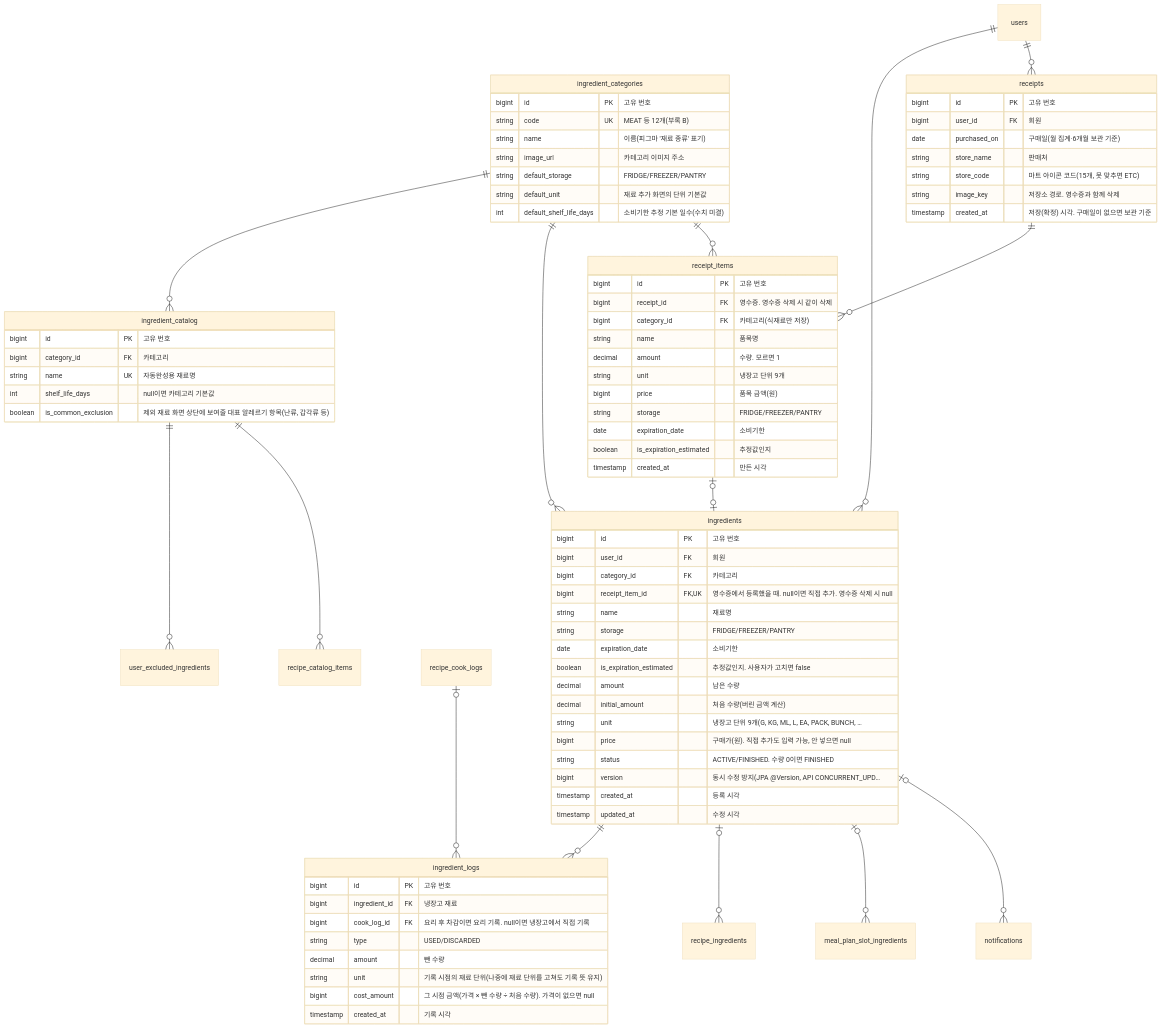
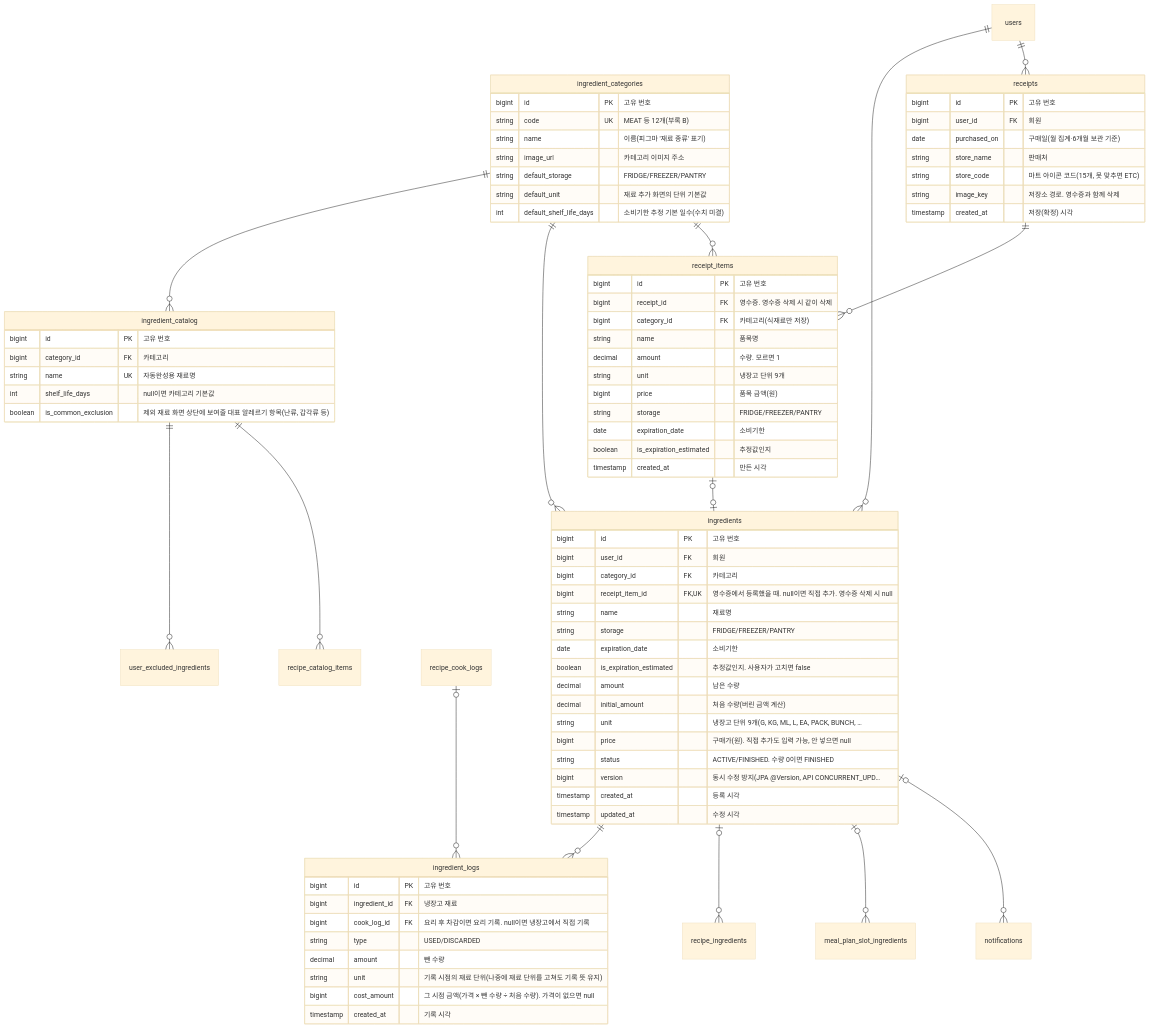
Before and after one commit to likelion-backendschool-9th/REMAKE: the third of 6 diagrams in docs/developer/erd.md, drawn with Mermaid (base theme). The commit also changed 1 other file, not shown here.

Commit message:
docs: 영수증 관계도의 저장 시각 설명 정리
- 영문·한글 Mermaid에서 구매일 누락 시 저장 시각을 보관 기준으로 사용한다는 문구를 제거한다.

```diff
--- a/docs/developer/erd.md
+++ b/docs/developer/erd.md
@@ -240,7 +240,7 @@
     string store_name "판매처"
     string store_code "마트 아이콘 코드(15개, 못 맞추면 ETC)"
     string image_key "저장소 경로. 영수증과 함께 삭제"
-    timestamp created_at "저장(확정) 시각. 구매일이 없으면 보관 기준"
+    timestamp created_at "저장(확정) 시각"
   }
   receipt_items {
     bigint id PK "고유 번호"
```
